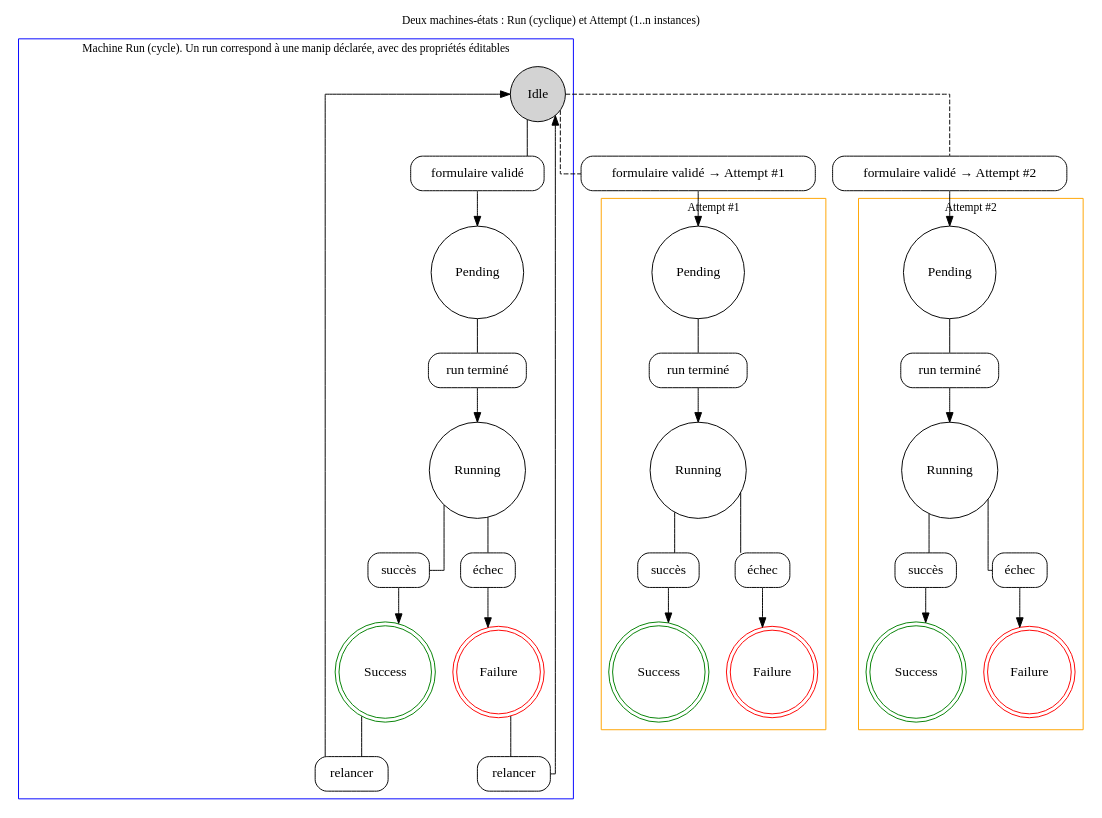
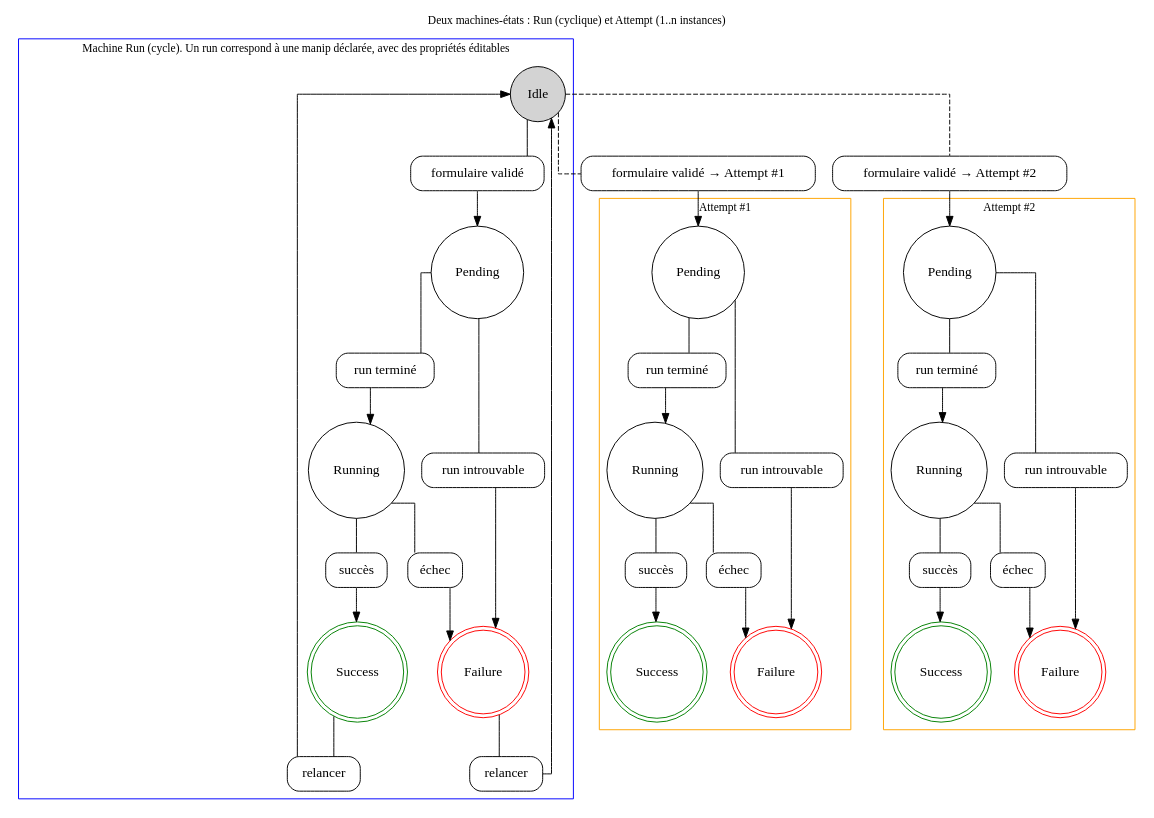
The diagram in runs-machine-etat.dot (SteampunkIslande/mercure), drawn with Graphviz before and after one commit. The commit also changed 2 other files, not shown here.

Commit message:
Added support for transition from pending to failure
Provides a way to error out in case a run cannot be found for sure

```diff
--- a/runs-machine-etat.dot
+++ b/runs-machine-etat.dot
@@ -1,109 +1,121 @@
 digraph Machines {
     rankdir=TB;
     fontsize=12;
     labelloc="t";
     splines=ortho;
     label="Deux machines-états : Run (cyclique) et Attempt (1..n instances)";
 
     // ---------------------
     // Machine Run (cyclique)
     // ---------------------
     subgraph cluster_run {
         label="Machine Run (cycle). Un run correspond à une manip déclarée, avec des propriétés éditables";
         color=blue;
 
         Idle [shape=circle, style=filled, fillcolor=lightgrey];
         Pending [shape=circle];
         Running [shape=circle];
         Success [shape=doublecircle, color=green];
         Failure [shape=doublecircle, color=red];
 
         // Transitions avec cartouches
         Idle -> t_formval [arrowhead=none];
         t_formval [shape=box, label="formulaire validé", style=rounded, fillcolor=white];
         t_formval -> Pending;
 
         Pending -> t_runterm [arrowhead=none];
         t_runterm [shape=box, label="run terminé", style=rounded, fillcolor=white];
         t_runterm -> Running;
 
         Running -> t_success [arrowhead=none];
         t_success [shape=box, label="succès", style=rounded, fillcolor=white];
         t_success -> Success;
 
         Running -> t_failure [arrowhead=none];
         t_failure [shape=box, label="échec", style=rounded, fillcolor=white];
         t_failure -> Failure;
 
+        Pending -> t_notfound [arrowhead=none];
+        t_notfound [shape=box, label="run introuvable", style=rounded, fillcolor=white];
+        t_notfound -> Failure;
+
         Success -> t_relancer1 [arrowhead=none];
         t_relancer1 [shape=box, label="relancer", style=rounded, fillcolor=white];
         t_relancer1 -> Idle;
 
         Failure -> t_relancer2 [arrowhead=none];
         t_relancer2 [shape=box, label="relancer", style=rounded, fillcolor=white];
         t_relancer2 -> Idle;
     }
 
     // ---------------------
     // Machine Attempt #1
     // ---------------------
     subgraph cluster_attempt1 {
         label="Attempt #1";
         color=orange;
 
         a1_Pending [label="Pending", shape=circle];
         a1_Running [label="Running", shape=circle];
         a1_Success [label="Success", shape=doublecircle, color=green];
         a1_Failure [label="Failure", shape=doublecircle, color=red];
 
         a1_Pending -> ta1_runterm [arrowhead=none];
         ta1_runterm [shape=box, label="run terminé", style=rounded, fillcolor=white];
         ta1_runterm -> a1_Running;
+
+        a1_Pending -> ta1_notfound [arrowhead=none];
+        ta1_notfound [shape=box, label="run introuvable", style=rounded, fillcolor=white];
+        ta1_notfound -> a1_Failure;
 
         a1_Running -> ta1_success [arrowhead=none];
         ta1_success [shape=box, label="succès", style=rounded, fillcolor=white];
         ta1_success -> a1_Success;
 
         a1_Running -> ta1_failure [arrowhead=none];
         ta1_failure [shape=box, label="échec", style=rounded, fillcolor=white];
         ta1_failure -> a1_Failure;
     }
 
     // ---------------------
     // Machine Attempt #2
     // ---------------------
     subgraph cluster_attempt2 {
         label="Attempt #2";
         color=orange;
 
         a2_Pending [label="Pending", shape=circle];
         a2_Running [label="Running", shape=circle];
         a2_Success [label="Success", shape=doublecircle, color=green];
         a2_Failure [label="Failure", shape=doublecircle, color=red];
 
         a2_Pending -> ta2_runterm [arrowhead=none];
         ta2_runterm [shape=box, label="run terminé", style=rounded, fillcolor=white];
         ta2_runterm -> a2_Running;
 
+        a2_Pending -> ta2_notfound [arrowhead=none];
+        ta2_notfound [shape=box, label="run introuvable", style=rounded, fillcolor=white];
+        ta2_notfound -> a2_Failure;
+
         a2_Running -> ta2_success [arrowhead=none];
         ta2_success [shape=box, label="succès", style=rounded, fillcolor=white];
         ta2_success -> a2_Success;
 
         a2_Running -> ta2_failure [arrowhead=none];
         ta2_failure [shape=box, label="échec", style=rounded, fillcolor=white];
         ta2_failure -> a2_Failure;
     }
 
     // ---------------------
     // Liens entre Run et Attempts
     // ---------------------
     Idle -> ta1_start [arrowhead=none, style=dashed];
     ta1_start [shape=box, label="formulaire validé → Attempt #1", style=rounded, fillcolor=white];
     ta1_start -> a1_Pending;
 
     Idle -> ta2_start [arrowhead=none, style=dashed];
     ta2_start [shape=box, label="formulaire validé → Attempt #2", style=rounded, fillcolor=white];
     ta2_start -> a2_Pending;
 
     
 }
```
